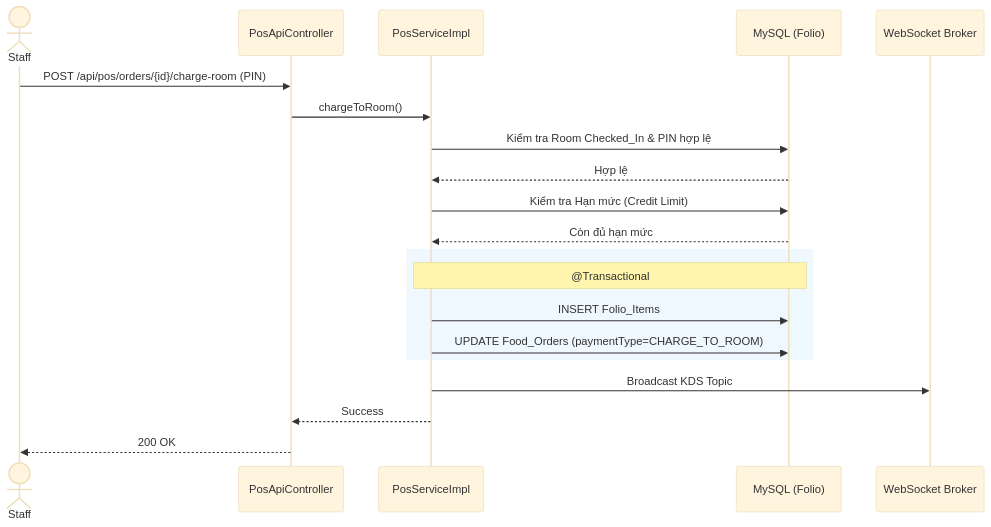
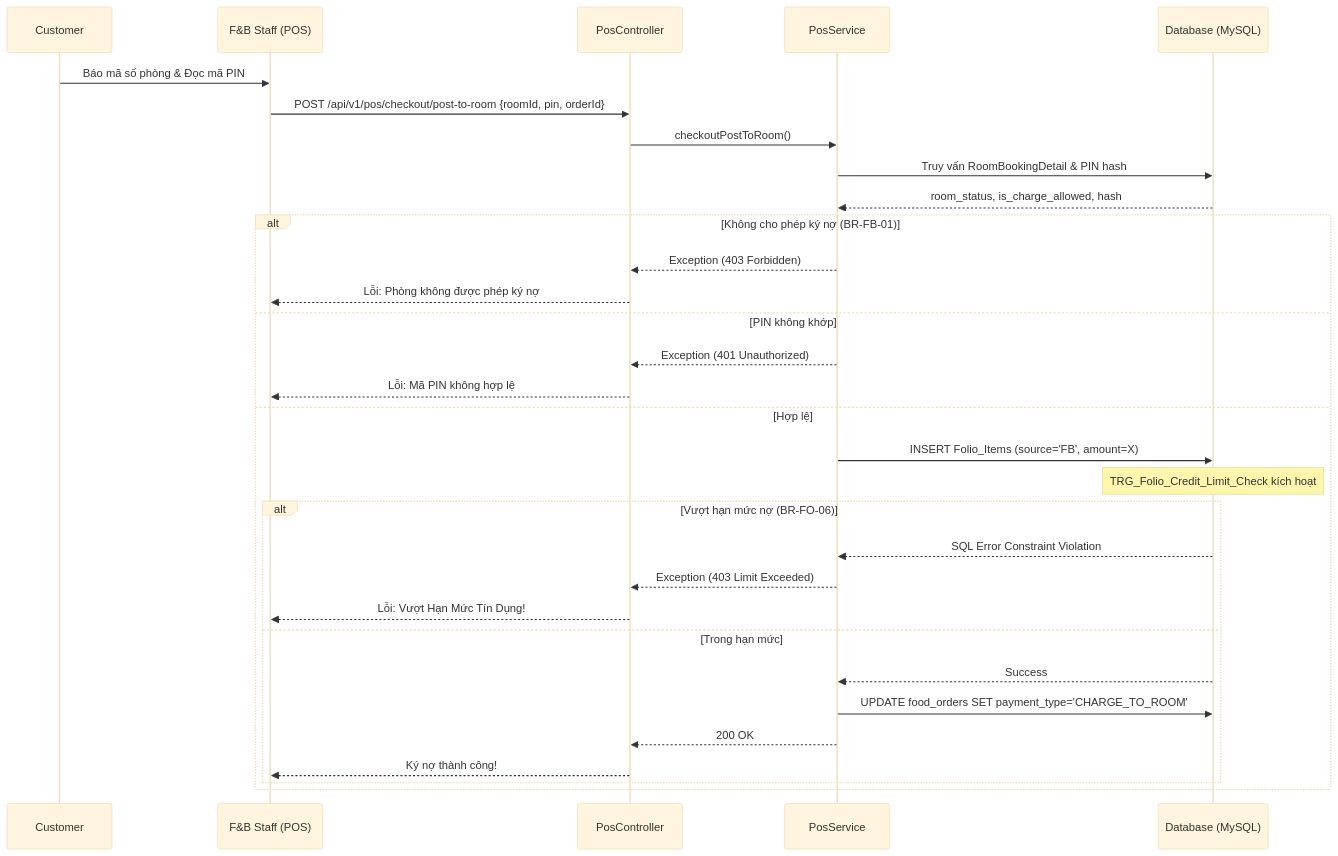
Before and after one commit to Luuxinhxinh/hoanien-resort: the third of 3 diagrams in 04-Implement/WF05-FnB-POS-IMP-001.md, drawn with Mermaid (base theme). The commit also changed other lines of this file and 6 other files, not shown here.

````diff
--- a/04-Implement/WF05-FnB-POS-IMP-001.md
+++ b/04-Implement/WF05-FnB-POS-IMP-001.md
@@ -126,25 +195,35 @@
 ```mermaid
 sequenceDiagram
-    actor Staff
-    participant API as PosApiController
-    participant SVC as PosServiceImpl
-    participant DB as MySQL (Folio)
-    participant WS as WebSocket Broker
+    participant Cust as Customer
+    participant POS as F&B Staff (POS)
+    participant API as PosController
+    participant SVC as PosService
+    participant DB as Database (MySQL)
 
-    Staff->>API: POST /api/pos/orders/{id}/charge-room (PIN)
-    API->>SVC: chargeToRoom()
-    SVC->>DB: Kiểm tra Room Checked_In & PIN hợp lệ
-    DB-->>SVC: Hợp lệ
-    SVC->>DB: Kiểm tra Hạn mức (Credit Limit)
-    DB-->>SVC: Còn đủ hạn mức
+    Cust->>POS: Báo mã số phòng & Đọc mã PIN
+    POS->>API: POST /api/v1/pos/checkout/post-to-room {roomId, pin, orderId}
+    API->>SVC: checkoutPostToRoom()
+    SVC->>DB: Truy vấn RoomBookingDetail & PIN hash
+    DB-->>SVC: room_status, is_charge_allowed, hash
     
-    rect rgb(240, 248, 255)
-        Note over SVC, DB: @Transactional
-        SVC->>DB: INSERT Folio_Items
-        SVC->>DB: UPDATE Food_Orders (paymentType=CHARGE_TO_ROOM)
+    alt Không cho phép ký nợ (BR-FB-01)
+        SVC-->>API: Exception (403 Forbidden)
+        API-->>POS: Lỗi: Phòng không được phép ký nợ
+    else PIN không khớp
+        SVC-->>API: Exception (401 Unauthorized)
+        API-->>POS: Lỗi: Mã PIN không hợp lệ
+    else Hợp lệ
+        SVC->>DB: INSERT Folio_Items (source='FB', amount=X)
+        Note over DB: TRG_Folio_Credit_Limit_Check kích hoạt
+        alt Vượt hạn mức nợ (BR-FO-06)
+            DB-->>SVC: SQL Error Constraint Violation
+            SVC-->>API: Exception (403 Limit Exceeded)
+            API-->>POS: Lỗi: Vượt Hạn Mức Tín Dụng!
+        else Trong hạn mức
+            DB-->>SVC: Success
+            SVC->>DB: UPDATE food_orders SET payment_type='CHARGE_TO_ROOM'
+            SVC-->>API: 200 OK
+            API-->>POS: Ký nợ thành công!
+        end
     end
-    
-    SVC->>WS: Broadcast KDS Topic
-    SVC-->>API: Success
-    API-->>Staff: 200 OK
 ```
````
